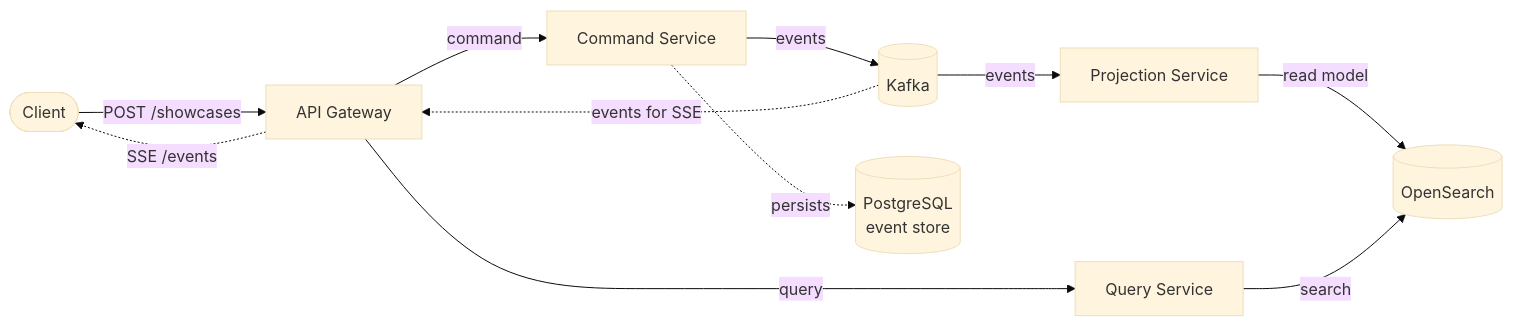
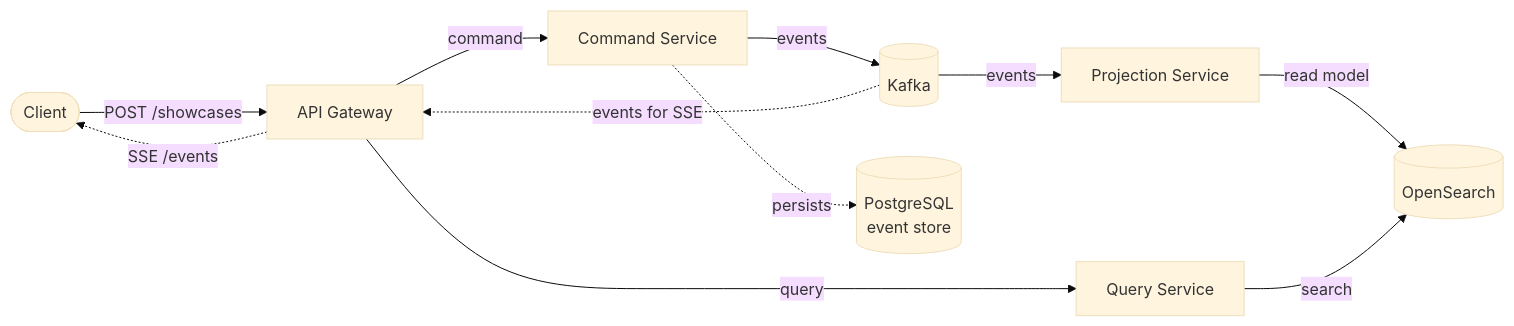
The second of 3 diagrams in README.md (aanbrn/axon-showcase), drawn with Mermaid (base theme) before and after one commit. The commit also changed other lines of this file, not shown here.

First line of the commit message:
Restore the toolbar clearance on the diagrams

````diff
--- a/README.md
+++ b/README.md
@@ -117,23 +117,23 @@
 ```mermaid
-%%{init: {"flowchart": {"diagramPadding": 145}}}%%
+%%{init: {"flowchart": {"diagramPadding": 230}}}%%
 flowchart LR
     Client([Client])
     GW[API Gateway]
     CS[Command Service]
     Kafka[(Kafka)]
     PS[Projection Service]
     OS[(OpenSearch)]
     PG[(PostgreSQL<br/>event store)]
     QS[Query Service]
 
     Client -->|"POST /showcases"| GW
     GW -->|command| CS
     CS -->|events| Kafka
     CS -.->|persists| PG
     Kafka -->|events| PS
     Kafka -.->|"events for SSE"| GW
     PS -->|"read model"| OS
     GW -->|query| QS
     QS -->|search| OS
     GW -.->|"SSE /events"| Client
 ```
````
